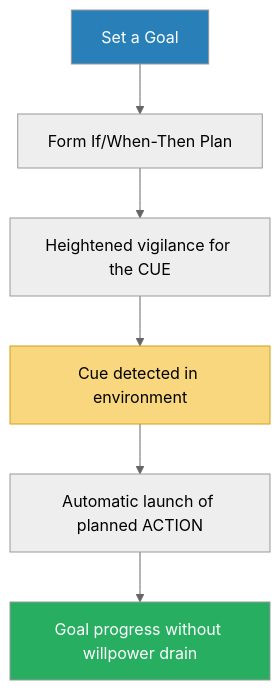
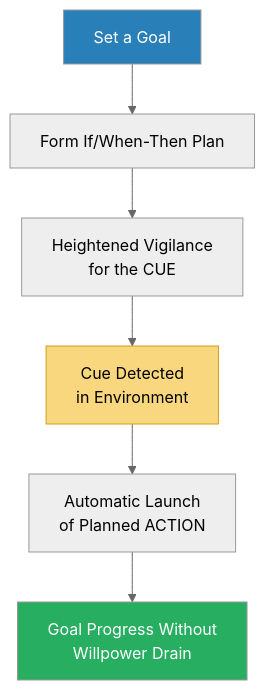
One commit to alius33/reader changed the seventh of 10 diagrams in summaries/Power & Influence/Pre-Suasion - Robert Cialdini.md. Above: the diagram before and after it, drawn with Mermaid (neutral theme). The commit also changed other lines of this file and 272 other files, not shown here.

````diff
--- a/summaries/Power & Influence/Pre-Suasion - Robert Cialdini.md
+++ b/summaries/Power & Influence/Pre-Suasion - Robert Cialdini.md
@@ -186,11 +964,11 @@
 ```mermaid
 flowchart TD
     A["Set a Goal"] --> B["Form If/When-Then Plan"]
-    B --> C["Heightened vigilance for the CUE"]
-    C --> D["Cue detected in environment"]
-    D --> E["Automatic launch of planned ACTION"]
-    E --> F["Goal progress without willpower drain"]
+    B --> C["Heightened Vigilance<br>for the CUE"]
+    C --> D["Cue Detected<br>in Environment"]
+    D --> E["Automatic Launch<br>of Planned ACTION"]
+    E --> F["Goal Progress Without<br>Willpower Drain"]
     style A fill:#2980b9,color:#fff
     style D fill:#f9d77e,stroke:#d4a017
     style F fill:#27ae60,color:#fff
 ```
````
